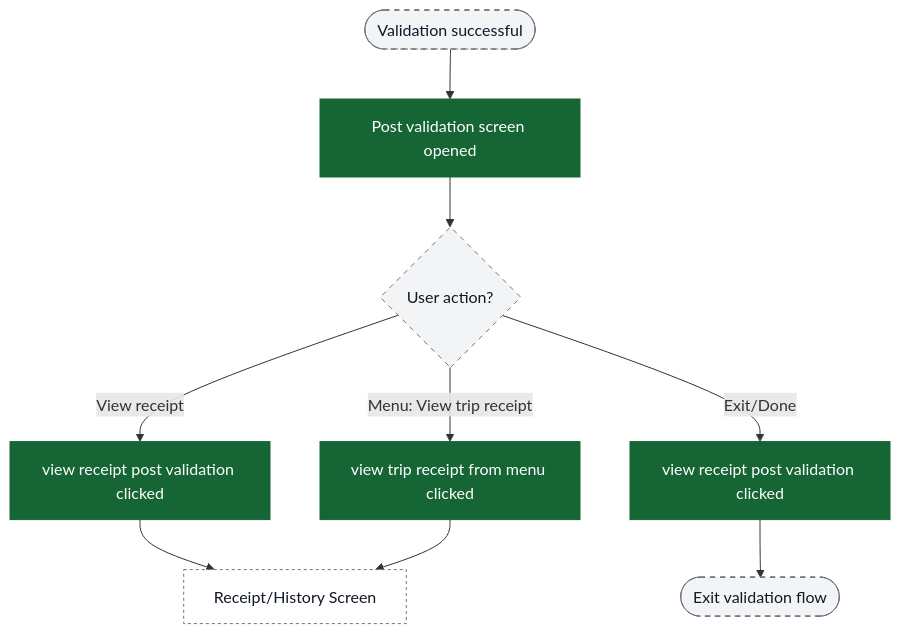
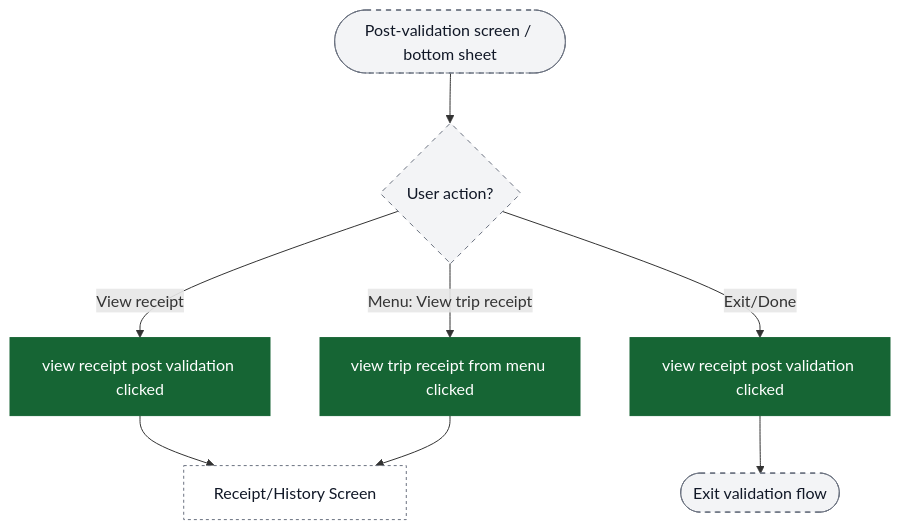
The eighth of 9 diagrams in content/analytics/validation/flow-diagrams.md (ratulsarna/chalo-app-dashboard), drawn with Mermaid before and after one commit. The commit also changed other lines of this file and 2 other files, not shown here.

First line of the commit message:
refactor: update flow diagrams for validation events and user interactions

````diff
--- a/content/analytics/validation/flow-diagrams.md
+++ b/content/analytics/validation/flow-diagrams.md
@@ -229,23 +257,21 @@
 ```mermaid
 flowchart TD
-  ui_validationSuccess([Validation successful]) --> ev_postValOpen["Post validation screen opened"]
-
-  ev_postValOpen --> ui_userChoice{User action?}
+  ui_validationSuccess([Post-validation screen / bottom sheet]) --> ui_userChoice{User action?}
 
   ui_userChoice -->|View receipt| ev_viewReceipt["view receipt post validation clicked"]
   ev_viewReceipt --> ext_receiptScreen[Receipt/History Screen]
 
   ui_userChoice -->|Exit/Done| ev_exit["view receipt post validation clicked"]
   ev_exit --> ui_exitFlow([Exit validation flow])
 
   ui_userChoice -->|Menu: View trip receipt| ev_menuReceipt["view trip receipt from menu clicked"]
   ev_menuReceipt --> ext_receiptScreen
 
   classDef event fill:#166534,stroke:#166534,color:#ffffff;
   classDef ui fill:#f3f4f6,stroke:#6b7280,stroke-dasharray: 5 5,color:#111827;
   classDef external fill:#ffffff,stroke:#6b7280,stroke-dasharray: 3 3,color:#111827;
 
-  class ev_postValOpen,ev_viewReceipt,ev_exit,ev_menuReceipt event;
+  class ev_viewReceipt,ev_exit,ev_menuReceipt event;
   class ui_validationSuccess,ui_userChoice,ui_exitFlow ui;
   class ext_receiptScreen external;
 ```
````
